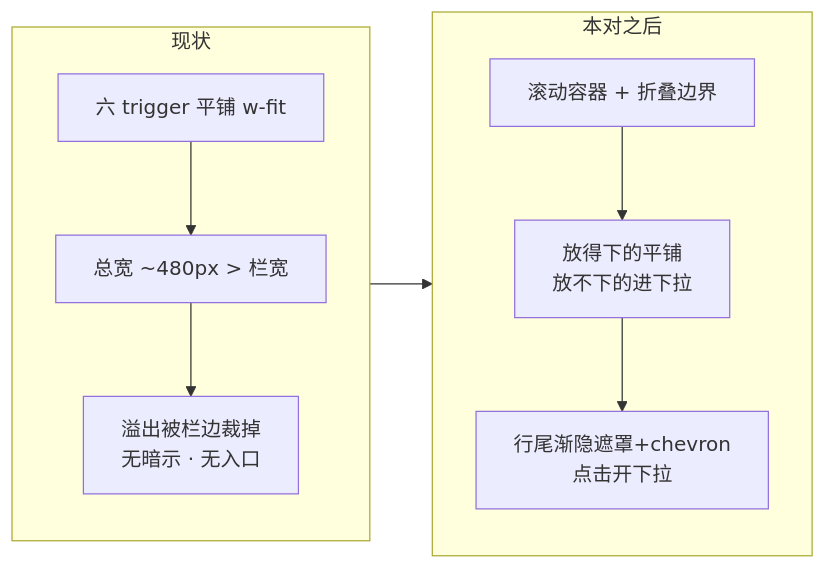
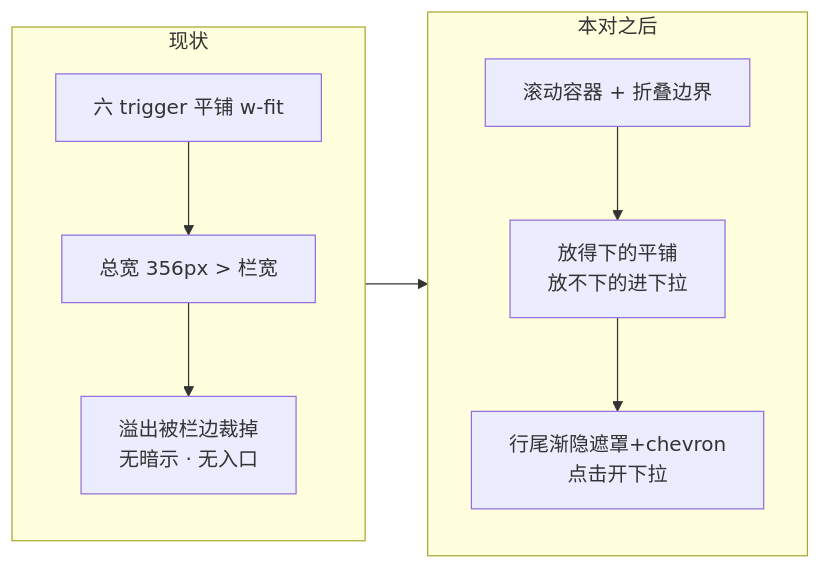
Before and after one commit to chenzhiya77/DeepDuck: the diagram in docs/superpowers/specs/2026-09-28-kb-tabs-overflow-design.md, drawn with Mermaid. The commit also changed other lines of this file, not shown here.

Commit message:
docs(knowledge): fill in the measured six-tab total (356px)

````diff
--- a/docs/superpowers/specs/2026-09-28-kb-tabs-overflow-design.md
+++ b/docs/superpowers/specs/2026-09-28-kb-tabs-overflow-design.md
@@ -18,12 +18,12 @@
 ```mermaid
 flowchart LR
     subgraph NOW[现状]
-        A1["六 trigger 平铺 w-fit"] --> A2["总宽 ~480px > 栏宽"]
+        A1["六 trigger 平铺 w-fit"] --> A2["总宽 356px > 栏宽"]
         A2 --> A3["溢出被栏边裁掉<br/>无暗示 · 无入口"]
     end
     subgraph AFTER[本对之后]
         B1["滚动容器 + 折叠边界"] --> B2["放得下的平铺<br/>放不下的进下拉"]
         B2 --> B3["行尾渐隐遮罩+chevron<br/>点击开下拉"]
     end
     NOW --> AFTER
 ```
````
